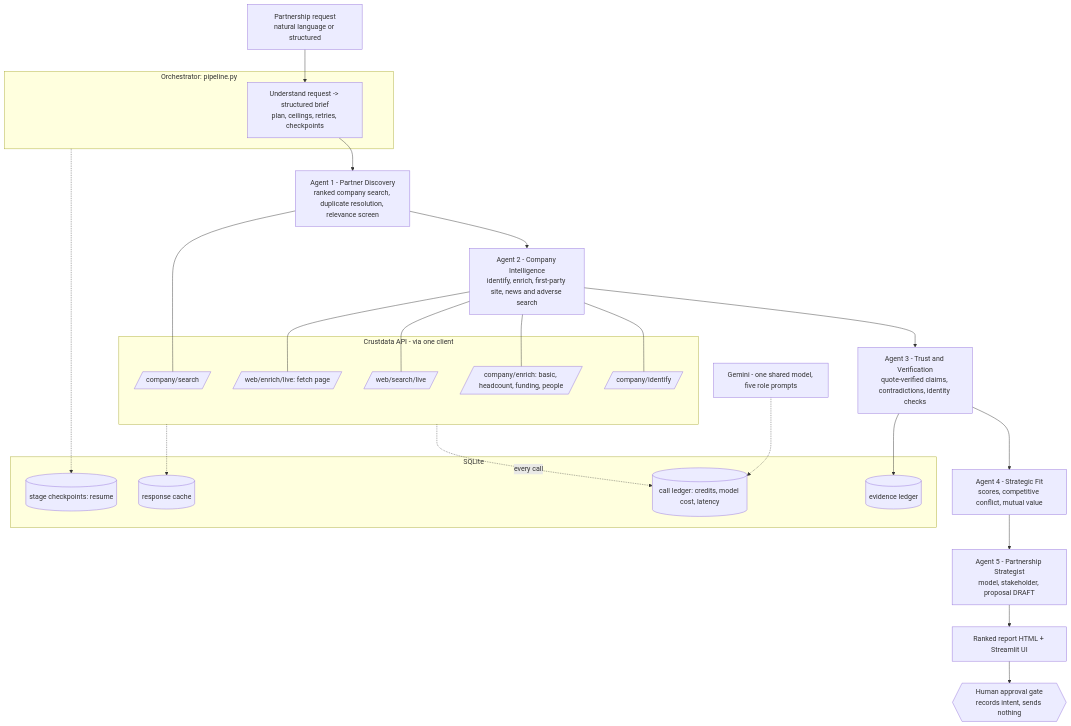
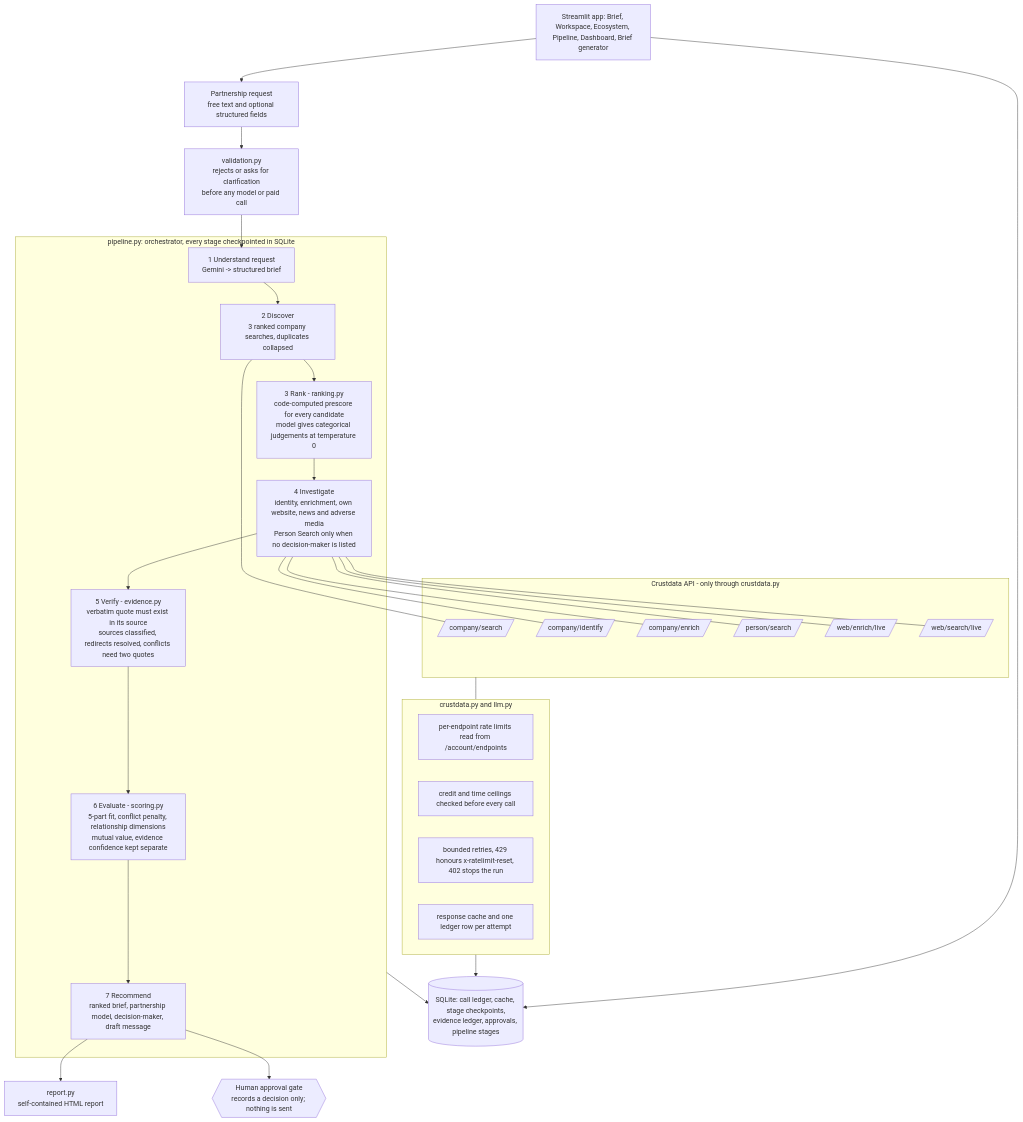
Before and after one commit to JakkiRajasekharRamana/Crustdata: the diagram in docs/architecture.md, drawn with Mermaid. The commit also changed other lines of this file and 4 other files, not shown here.

````diff
--- a/docs/architecture.md
+++ b/docs/architecture.md
@@ -3,41 +5,46 @@
 ```mermaid
 flowchart TD
-    U[Partnership request<br/>natural language or structured] --> O
+    U[Partnership request<br/>free text and optional structured fields] --> VAL
 
-    subgraph ORCH[Orchestrator: pipeline.py]
-      O[Understand request -> structured brief<br/>plan, ceilings, retries, checkpoints]
+    VAL[validation.py<br/>rejects or asks for clarification<br/>before any model or paid call] --> O
+
+    subgraph ORCH[pipeline.py: orchestrator, every stage checkpointed in SQLite]
+      O[1 Understand request<br/>Gemini -> structured brief] --> D[2 Discover<br/>3 ranked company searches, duplicates collapsed]
+      D --> RK[3 Rank - ranking.py<br/>code-computed prescore for every candidate<br/>model gives categorical judgements at temperature 0]
+      RK --> I[4 Investigate<br/>identity, enrichment, own website, news and adverse media<br/>Person Search only when no decision-maker is listed]
+      I --> V[5 Verify - evidence.py<br/>verbatim quote must exist in its source<br/>sources classified, redirects resolved, conflicts need two quotes]
+      V --> F[6 Evaluate - scoring.py<br/>5-part fit, conflict penalty, relationship dimensions<br/>mutual value, evidence confidence kept separate]
+      F --> S[7 Recommend<br/>ranked brief, partnership model, decision-maker, draft message]
     end
 
-    O --> D[Agent 1 - Partner Discovery<br/>ranked company search, duplicate resolution, relevance screen]
-    D --> I[Agent 2 - Company Intelligence<br/>identify, enrich, first-party site, news and adverse search]
-    I --> V[Agent 3 - Trust and Verification<br/>quote-verified claims, contradictions, identity checks]
-    V --> F[Agent 4 - Strategic Fit<br/>scores, competitive conflict, mutual value]
-    F --> S[Agent 5 - Partnership Strategist<br/>model, stakeholder, proposal DRAFT]
-    S --> R[Ranked report HTML + Streamlit UI]
-    R --> H{{Human approval gate<br/>records intent, sends nothing}}
+    S --> R[report.py<br/>self-contained HTML report]
+    S --> H{{Human approval gate<br/>records a decision only; nothing is sent}}
 
-    subgraph CD[Crustdata API - via one client]
+    subgraph CD[Crustdata API - only through crustdata.py]
       C1[/company/search/]
       C2[/company/identify/]
-      C3[/company/enrich: basic, headcount, funding, people/]
-      C4[/web/search/live/]
-      C5[/web/enrich/live: fetch page/]
+      C3[/company/enrich/]
+      C4[/person/search/]
+      C5[/web/enrich/live/]
+      C6[/web/search/live/]
     end
     D --- C1
     I --- C2
     I --- C3
     I --- C4
     I --- C5
+    I --- C6
 
-    subgraph DB[SQLite]
-      L[(call ledger: credits, model cost, latency)]
-      K[(response cache)]
-      P[(stage checkpoints: resume)]
-      E[(evidence ledger)]
+    subgraph CLIENT[crustdata.py and llm.py]
+      K1[per-endpoint rate limits read from /account/endpoints]
+      K2[credit and time ceilings checked before every call]
+      K3[bounded retries, 429 honours x-ratelimit-reset, 402 stops the run]
+      K4[response cache and one ledger row per attempt]
     end
-    CD -.every call.-> L
-    CD -.-> K
-    ORCH -.-> P
-    V --> E
-    LLM[Gemini - one shared model, five role prompts] -.-> L
+    CD --- CLIENT
+    DB[(SQLite: call ledger, cache, stage checkpoints,<br/>evidence ledger, approvals, pipeline stages)]
+    CLIENT --> DB
+    ORCH --> DB
+    UI[Streamlit app: Brief, Workspace, Ecosystem, Pipeline, Dashboard, Brief generator] --> DB
+    UI --> U
 ```
````
